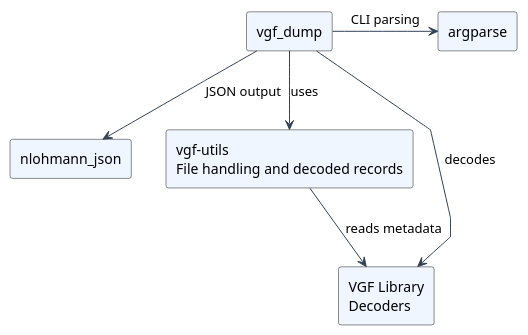
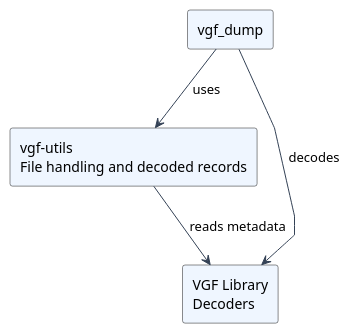
One commit to arm/ai-ml-sdk-vgf-library changed the diagram in docs/source/puml/vgf-dump-components.puml. Above: the diagram before and after it, drawn with PlantUML. The commit also changed 18 other files, not shown here.

```diff
--- a/docs/source/puml/vgf-dump-components.puml
+++ b/docs/source/puml/vgf-dump-components.puml
@@ -1,21 +1,17 @@
 @startuml
 top to bottom direction
 skinparam shadowing false
 skinparam componentStyle rectangle
 skinparam defaultFontName SansSerif
 skinparam ArrowColor #334155
 skinparam componentBackgroundColor #EFF6FF
 skinparam linetype polyline
 
 component "vgf_dump" as dump
-component "argparse" as args
-component "nlohmann_json" as json
 component "vgf-utils\nFile handling and decoded records" as utils
 component "VGF Library\nDecoders" as core
 
-dump -right-> args : CLI parsing
-dump -down-> json : JSON output
 dump -down-> utils : uses
 dump --> core : decodes
 utils -down-> core : reads metadata
 @enduml
```
